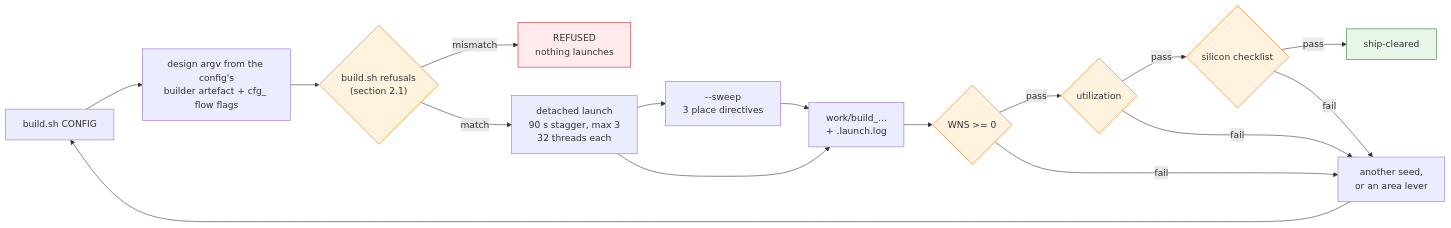
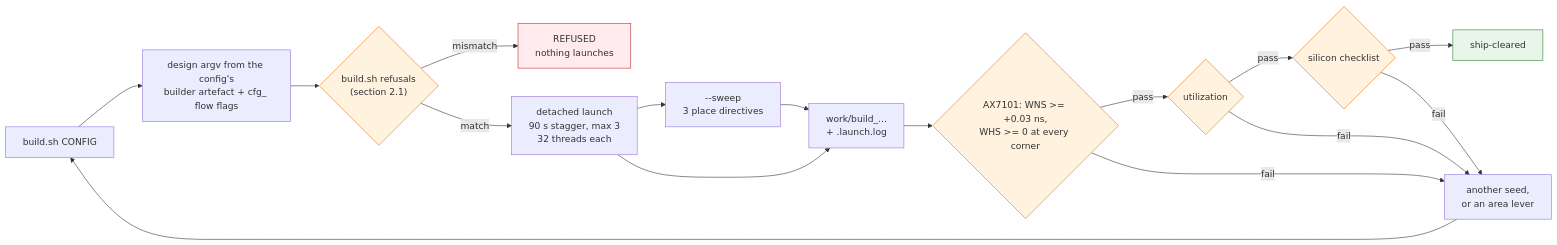
Before and after one commit to kebag-logic/milan-fpga: the diagram in docs/integration/BUILDING.md, drawn with Mermaid. The commit also changed other lines of this file and 6 other files, not shown here.

````diff
--- a/docs/integration/BUILDING.md
+++ b/docs/integration/BUILDING.md
@@ -40,25 +40,25 @@
 ```mermaid
 flowchart LR
     CMD["build.sh CONFIG"] --> CFG["design argv from the config's<br/>builder artefact + cfg_ flow flags"]
     CFG --> GATE{"build.sh refusals<br/>(section 2.1)"}
     GATE -->|"mismatch"| STOP["REFUSED<br/>nothing launches"]
     GATE -->|"match"| LAUNCH["detached launch<br/>90 s stagger, max 3<br/>32 threads each"]
     LAUNCH --> SWEEP["--sweep<br/>3 place directives"]
     LAUNCH --> OUT["work/build_...<br/>+ .launch.log"]
     SWEEP --> OUT
-    OUT --> G1{"WNS &gt;= 0"}
+    OUT --> G1{"AX7101: WNS &gt;= +0.03 ns,<br/>WHS &gt;= 0 at every corner"}
     G1 -->|"pass"| G2{"utilization"}
     G1 -->|"fail"| RETRY["another seed,<br/>or an area lever"]
     G2 -->|"pass"| G3{"silicon checklist"}
     G2 -->|"fail"| RETRY
     G3 -->|"pass"| SHIP["ship-cleared"]
     G3 -->|"fail"| RETRY
     RETRY --> CMD
 
     classDef gate fill:#FFF3E0,stroke:#EF6C00
     classDef stop fill:#FFEBEE,stroke:#C62828
     classDef ok fill:#E8F5E9,stroke:#2E7D32
     class GATE,G1,G2,G3 gate
     class STOP stop
     class SHIP ok
 ```
````
